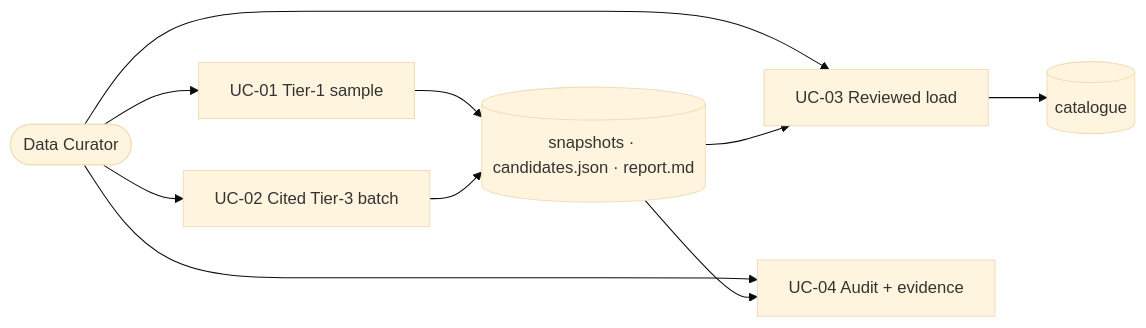
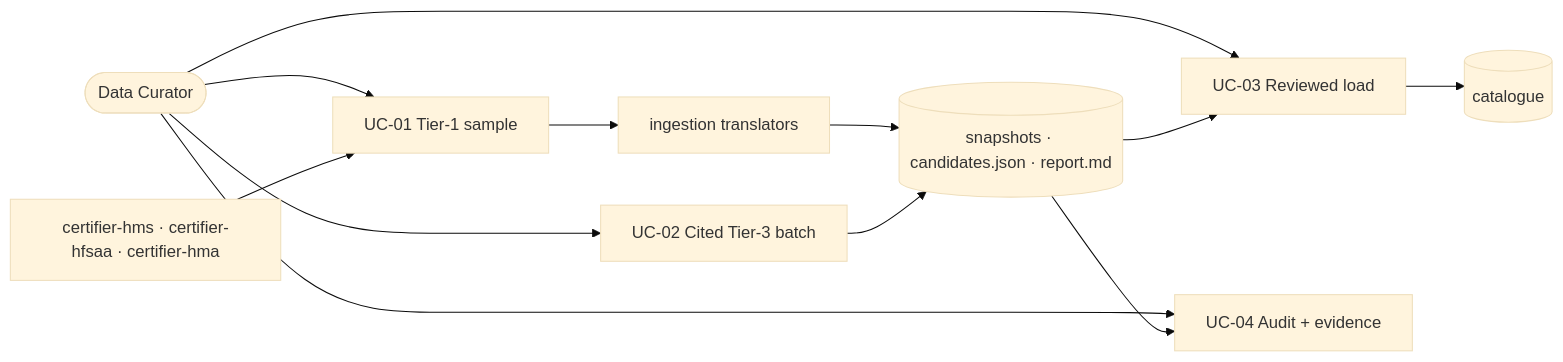
One commit to Losers-Lab/tahirs-list changed the diagram in docs/features/SC-211/02-use-cases.md. Above: the diagram before and after it, drawn with Mermaid (base theme). The commit also changed other lines of this file and 16 other files, not shown here.

````diff
--- a/docs/features/SC-211/02-use-cases.md
+++ b/docs/features/SC-211/02-use-cases.md
@@ -5,11 +5,13 @@
 ```mermaid
 flowchart LR
   DC([Data Curator]) --> UC1["UC-01 Tier-1 sample"]
   DC --> UC2["UC-02 Cited Tier-3 batch"]
   DC --> UC3["UC-03 Reviewed load"]
   DC --> UC4["UC-04 Audit + evidence"]
-  UC1 --> ART[("snapshots · candidates.json · report.md")]
+  LIB["certifier-hms · certifier-hfsaa · certifier-hma"] --> UC1
+  UC1 --> TR["ingestion translators"]
+  TR --> ART[("snapshots · candidates.json · report.md")]
   UC2 --> ART
   ART --> UC3 --> DB[("catalogue")]
   ART --> UC4
 ```
````
